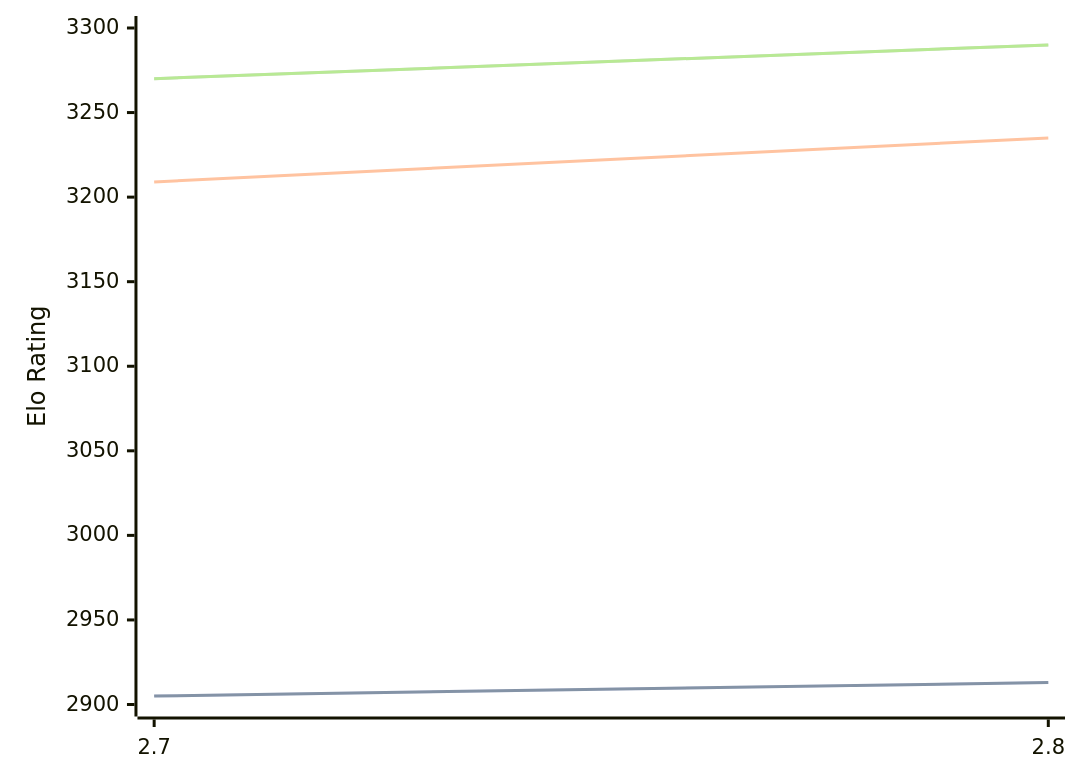
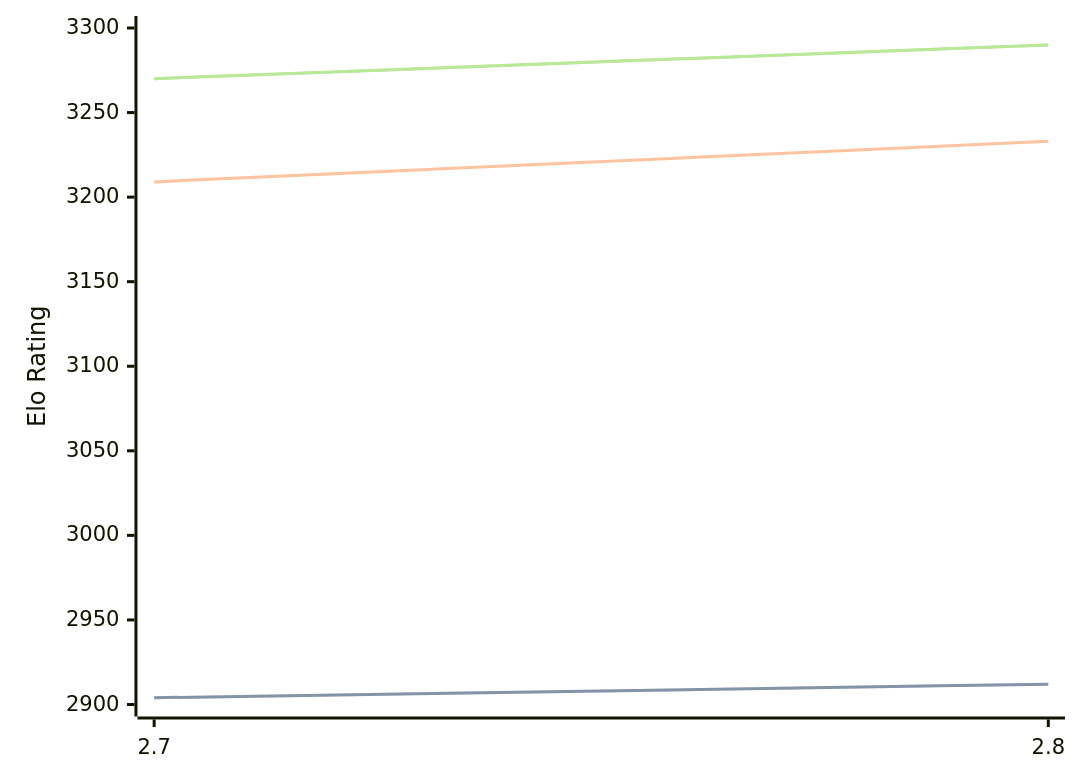
One commit to computer-chess-index/cci changed the diagram in engines/Arcanum.md. Above: the diagram before and after it, drawn with Mermaid. The commit also changed other lines of this file, not shown here.

````diff
--- a/engines/Arcanum.md
+++ b/engines/Arcanum.md
@@ -32,11 +32,11 @@
 ```mermaid
 %%{init: {"theme":"base","themeVariables":{"seriesColors:['#a3a3a3','#222221','#faa371']}}}%%
 xychart-beta
   x-axis ["2.7", "2.8"]
   y-axis "Elo Rating" 2900 --> 3300
-  line "" [2905, 2913]
-  line "STC (8.0+0.08s)" [2905, 2913]
-  line "LTC (60.0+0.60s)" [3209, 3235]
+  line "" [2904, 2912]
+  line "STC (8.0+0.08s)" [2904, 2912]
+  line "LTC (60.0+0.60s)" [3209, 3233]
   line "" [3270, 3290]
   line "VLTC (2m24s+1.12s)" [3270, 3290]
 ```
````
